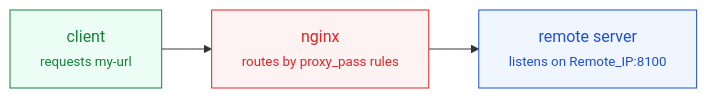
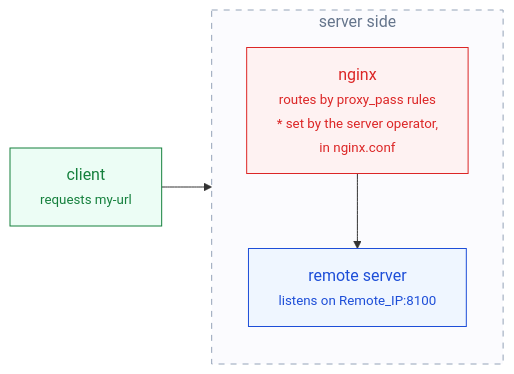
One commit to ssyrc/ssyrc.github.io changed the fifth of 5 diagrams in _drafts/ko/proxy-and-port-forwarding.md. Above: the diagram before and after it, drawn with Mermaid. The commit also changed other lines of this file and 2 other files, not shown here.

First line of the commit message:
Flesh out the proxy draft: comparison, zones, setup notes

````diff
--- a/_drafts/ko/proxy-and-port-forwarding.md
+++ b/_drafts/ko/proxy-and-port-forwarding.md
@@ -112,12 +193,20 @@
 ```mermaid
 flowchart LR
-    C["client<br/><small>requests my-url</small>"] --> N["nginx<br/><small>routes by proxy_pass rules</small>"]
-    N --> R["remote server<br/><small>listens on Remote_IP:8100</small>"]
+    C["client<br/><small>requests my-url</small>"]
+    subgraph SRV["server side"]
+        direction TB
+        N["nginx<br/><small>routes by proxy_pass rules</small><br/><small>* set by the server operator,<br/>in nginx.conf</small>"]
+        R["remote server<br/><small>listens on Remote_IP:8100</small>"]
+    end
+    C --> N
+    N --> R
     class C client
     class N proxy
     class R server
+    class SRV zone
     classDef client fill:#ecfdf5,stroke:#15803d,color:#15803d
     classDef proxy  fill:#fef2f2,stroke:#dc2626,color:#dc2626
     classDef server fill:#eff6ff,stroke:#1d4ed8,color:#1d4ed8
     classDef kernel fill:#ffffff,stroke:#dc2626,color:#64748b,stroke-dasharray:6 5
+    classDef zone   fill:#fbfbfe,stroke:#94a3b8,color:#64748b,stroke-dasharray:6 6
 ```
````
